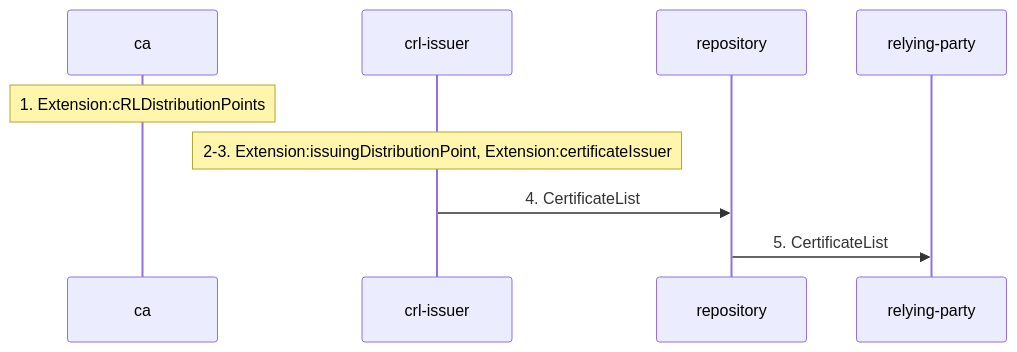
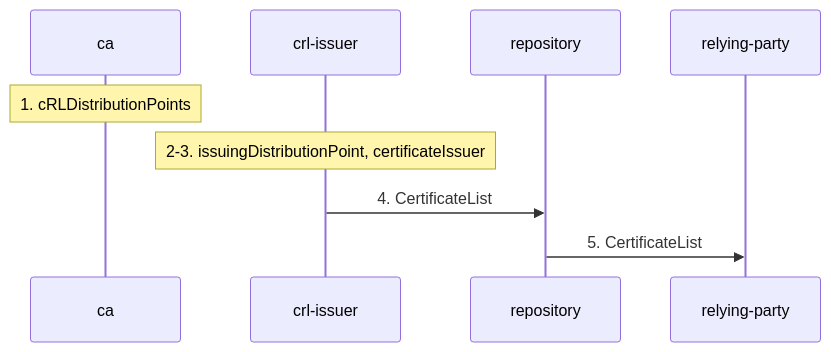
Before and after one commit to m-of-n/library: the fourth of 15 diagrams in records/ietf/rfc-5280/distilled/protocol.md, drawn with Mermaid. The commit also changed other lines of this file and 7 other files, not shown here.

````diff
--- a/records/ietf/rfc-5280/distilled/protocol.md
+++ b/records/ietf/rfc-5280/distilled/protocol.md
@@ -186,11 +186,11 @@
 ```mermaid
 sequenceDiagram
   participant ca as ca
   participant crl_issuer as crl-issuer
   participant repository as repository
   participant relying_party as relying-party
-  Note over ca: 1. Extension:cRLDistributionPoints
-  Note over crl_issuer: 2-3. Extension:issuingDistributionPoint, Extension:certificateIssuer
+  Note over ca: 1. cRLDistributionPoints
+  Note over crl_issuer: 2-3. issuingDistributionPoint, certificateIssuer
   crl_issuer->>repository: 4. CertificateList
   repository->>relying_party: 5. CertificateList
 ```
````
